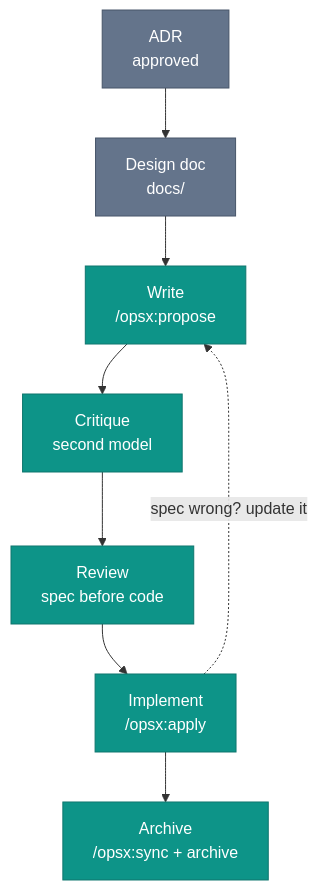
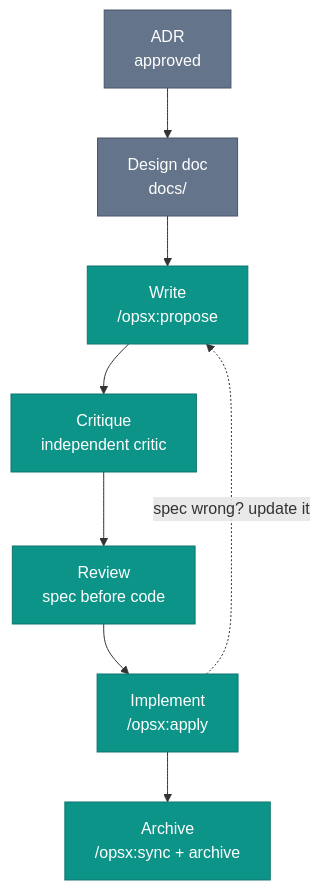
Before and after one commit to intent-engineering-for-coding-agents/book: the diagram in content/spec-driven/spec-lifecycle.md, drawn with Mermaid. The commit also changed other lines of this file and 7 other files, not shown here.

````diff
--- a/content/spec-driven/spec-lifecycle.md
+++ b/content/spec-driven/spec-lifecycle.md
@@ -15,15 +15,15 @@
 ```mermaid
 graph TD
     classDef pre fill:#64748b,stroke:#475569,color:#fff
     classDef stage fill:#0d9488,stroke:#0f766e,color:#fff
 
     ADR[ADR<br/>approved]:::pre --> DD["Design doc<br/>docs/"]:::pre
     DD --> W
 
-    W["Write<br/>/opsx:propose"]:::stage --> C[Critique<br/>second model]:::stage
+    W["Write<br/>/opsx:propose"]:::stage --> C[Critique<br/>independent critic]:::stage
     C --> R[Review<br/>spec before code]:::stage
     R --> I["Implement<br/>/opsx:apply"]:::stage
     I --> A["Archive<br/>/opsx:sync + archive"]:::stage
 
     I -. spec wrong? update it .-> W
 ```
````
